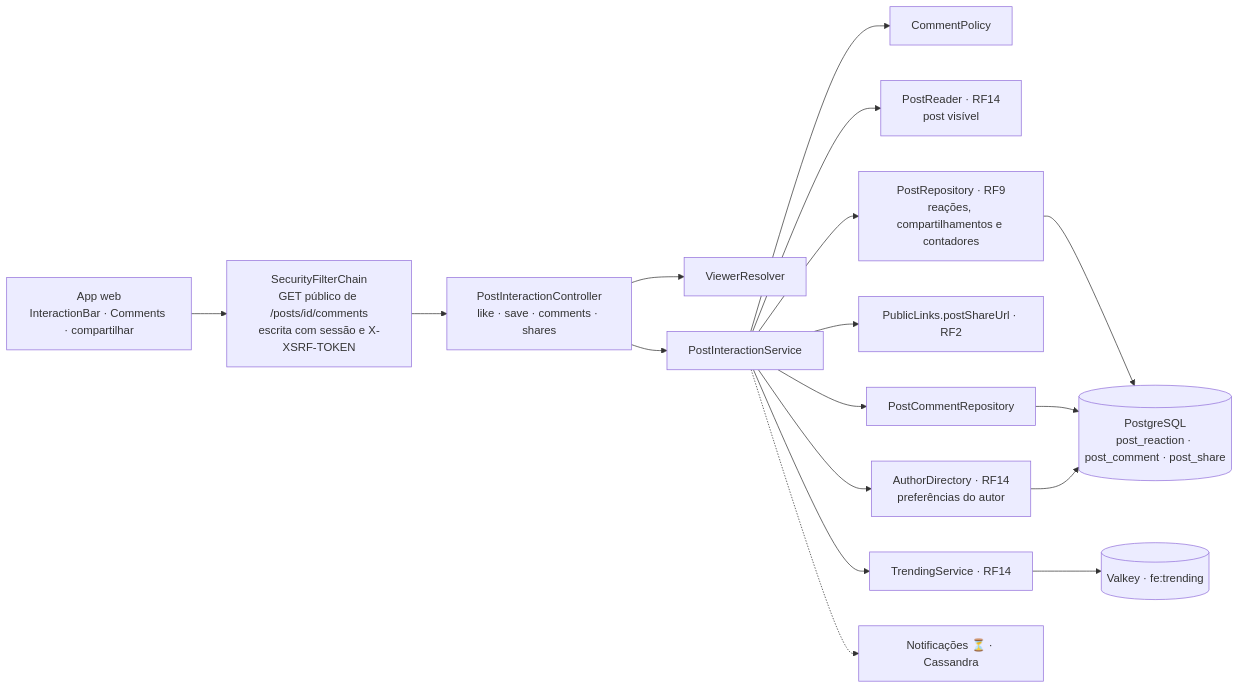
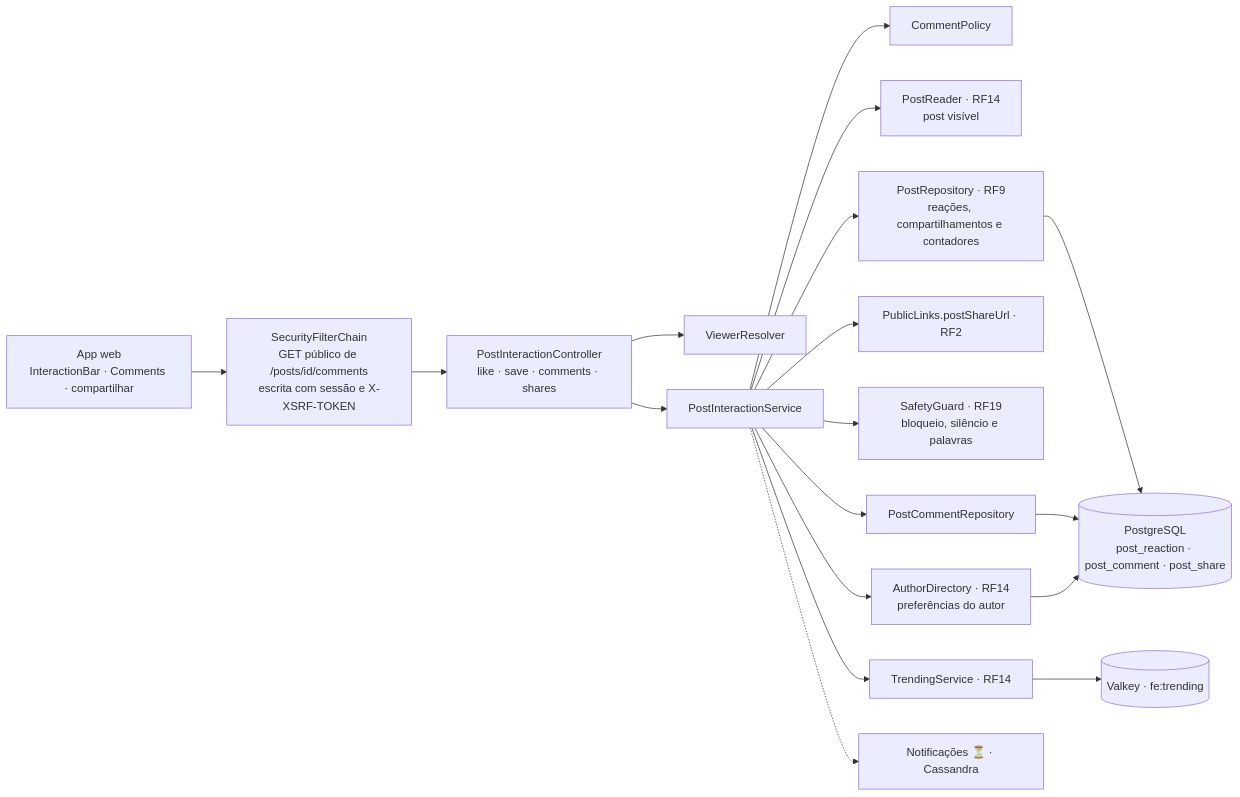
The diagram in docs/RF12/componentes.md (MatheusHaliski/Friendly-Eats), drawn with Mermaid before and after one commit. The commit also changed 90 other files, not shown here.

````diff
--- a/docs/RF12/componentes.md
+++ b/docs/RF12/componentes.md
@@ -3,18 +3,19 @@
 ```mermaid
 flowchart LR
     APP["App web<br/>InteractionBar · Comments · compartilhar"] --> SEC["SecurityFilterChain<br/>GET público de /posts/id/comments<br/>escrita com sessão e X-XSRF-TOKEN"]
     SEC --> IC["PostInteractionController<br/>like · save · comments · shares"]
     IC --> VR["ViewerResolver"]
     IC --> IS["PostInteractionService"]
     IS --> CP["CommentPolicy"]
     IS --> RD["PostReader · RF14<br/>post visível"]
     IS --> AD["AuthorDirectory · RF14<br/>preferências do autor"]
     IS --> PL["PublicLinks.postShareUrl · RF2"]
+    IS --> SG["SafetyGuard · RF19<br/>bloqueio, silêncio e palavras"]
     IS --> TS["TrendingService · RF14"]
     IS --> PR["PostRepository · RF9<br/>reações, compartilhamentos e contadores"]
     IS --> CR["PostCommentRepository"]
     PR & CR --> PG[("PostgreSQL<br/>post_reaction · post_comment · post_share")]
     AD --> PG
     TS --> VK[("Valkey · fe:trending")]
     IS -.-> NT["Notificações ⏳ · Cassandra"]
 ```
````
